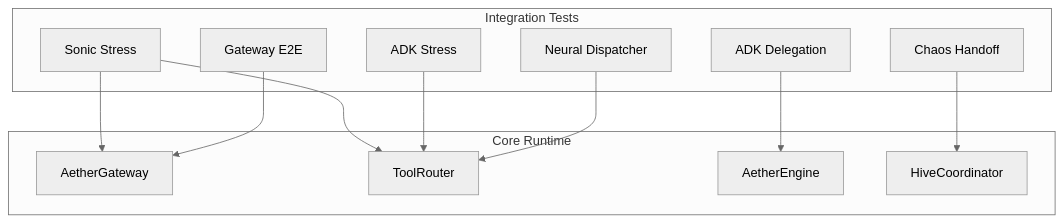
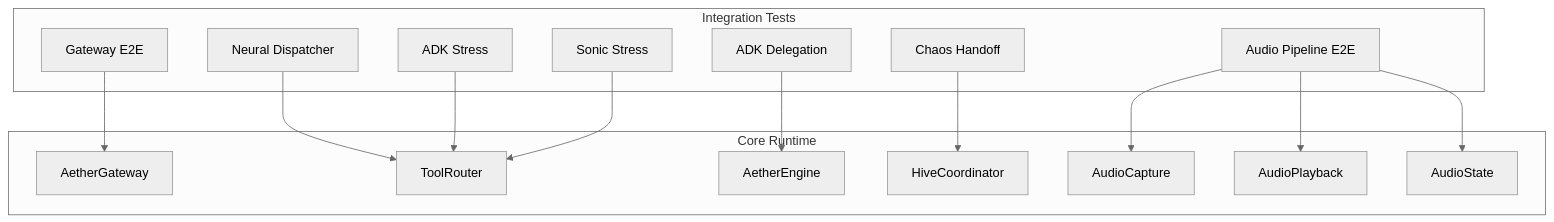
Before and after one commit to Moeabdelaziz007/Aether-Voice-OS: the first of 11 diagrams in .qoder/repowiki/en/content/Testing and Quality Assurance/Integration Testing.md, drawn with Mermaid (neutral theme). The commit also changed other lines of this file and 29 other files, not shown here.

````diff
--- a/.qoder/repowiki/en/content/Testing and Quality Assurance/Integration Testing.md
+++ b/.qoder/repowiki/en/content/Testing and Quality Assurance/Integration Testing.md
@@ -52,24 +67,30 @@
 ```mermaid
 graph TB
 subgraph "Integration Tests"
 T1["Gateway E2E"]
 T2["Neural Dispatcher"]
 T3["ADK Delegation"]
 T4["ADK Stress"]
 T5["Chaos Handoff"]
 T6["Sonic Stress"]
+T7["Audio Pipeline E2E"]
 end
 subgraph "Core Runtime"
 G["AetherGateway"]
 R["ToolRouter"]
 E["AetherEngine"]
 H["HiveCoordinator"]
+AC["AudioCapture"]
+AP["AudioPlayback"]
+AS["AudioState"]
 end
 T1 --> G
 T2 --> R
 T3 --> E
 T4 --> R
 T5 --> H
-T6 --> G
 T6 --> R
+T7 --> AC
+T7 --> AP
+T7 --> AS
 ```
````
